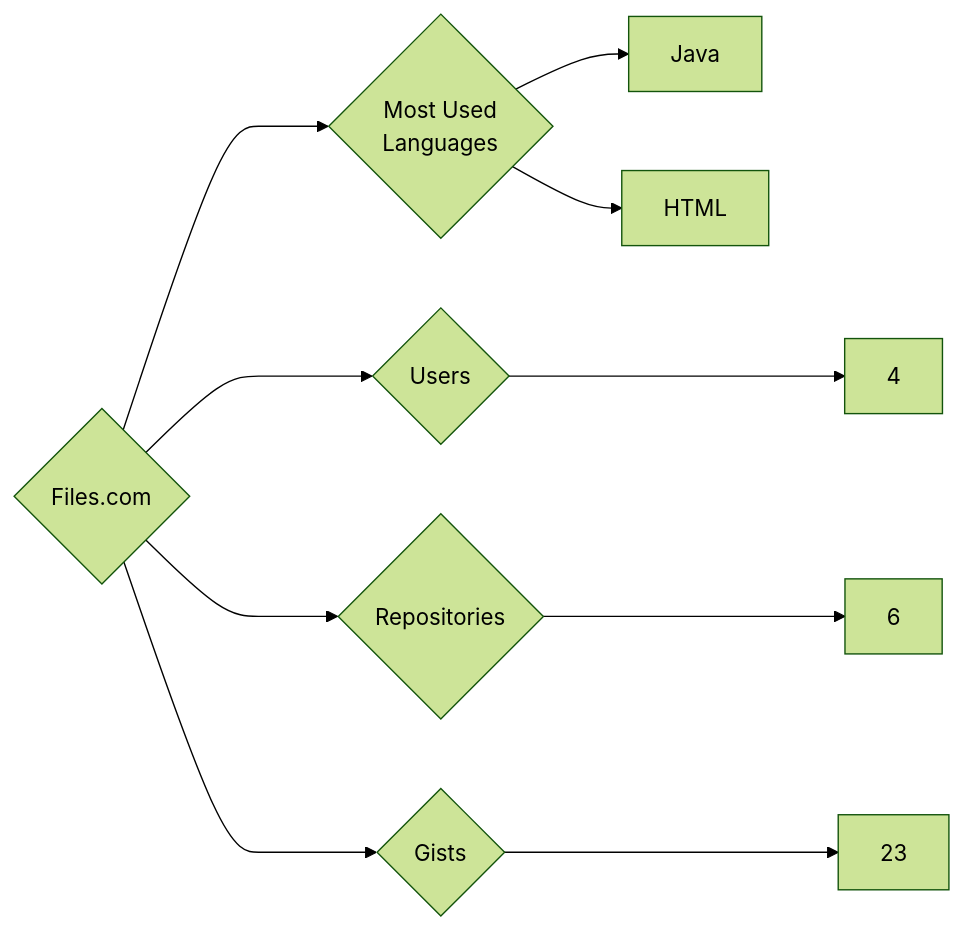
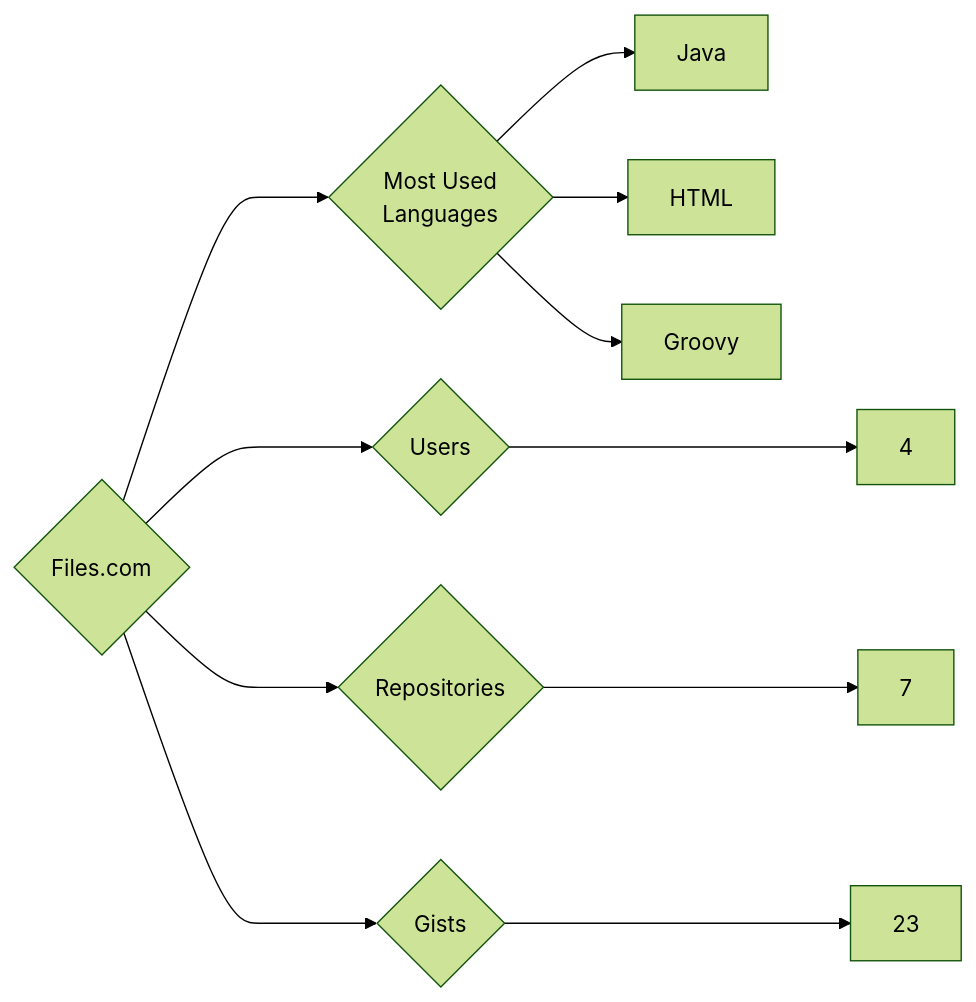
Before and after one commit to trickest/insiders: the diagram in targets/Files.com/README.md, drawn with Mermaid (forest theme). The commit also changed 865 other files, not shown here.

````diff
--- a/targets/Files.com/README.md
+++ b/targets/Files.com/README.md
@@ -3,10 +3,11 @@
 ```mermaid
 graph LR
 COMPANY_NAME{Files.com}
 COMPANY_NAME ---> U{Users} ---> UN[4]
-COMPANY_NAME ---> R{Repositories} ---> RN[6]
+COMPANY_NAME ---> R{Repositories} ---> RN[7]
 COMPANY_NAME ---> G{Gists} ---> GN[23]
 COMPANY_NAME ---> ML{Most Used<br>Languages}
 ML --> Java[Java]
 ML --> HTML[HTML]
+ML --> Groovy[Groovy]
 ```
````
